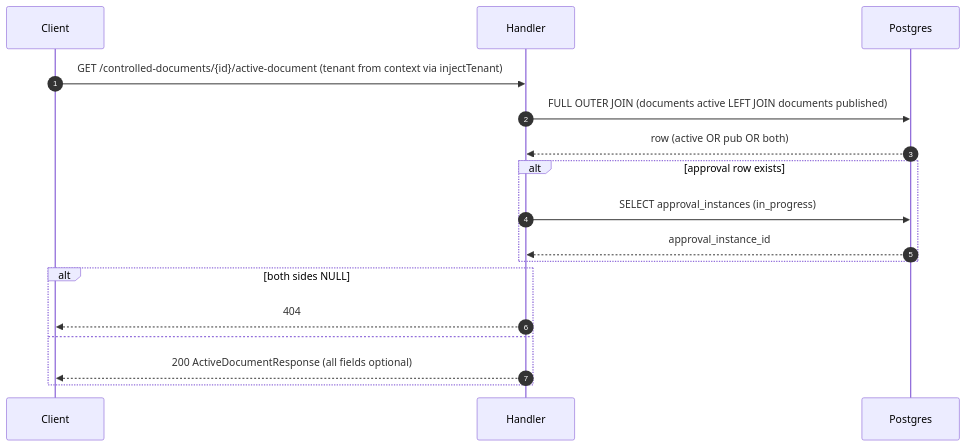
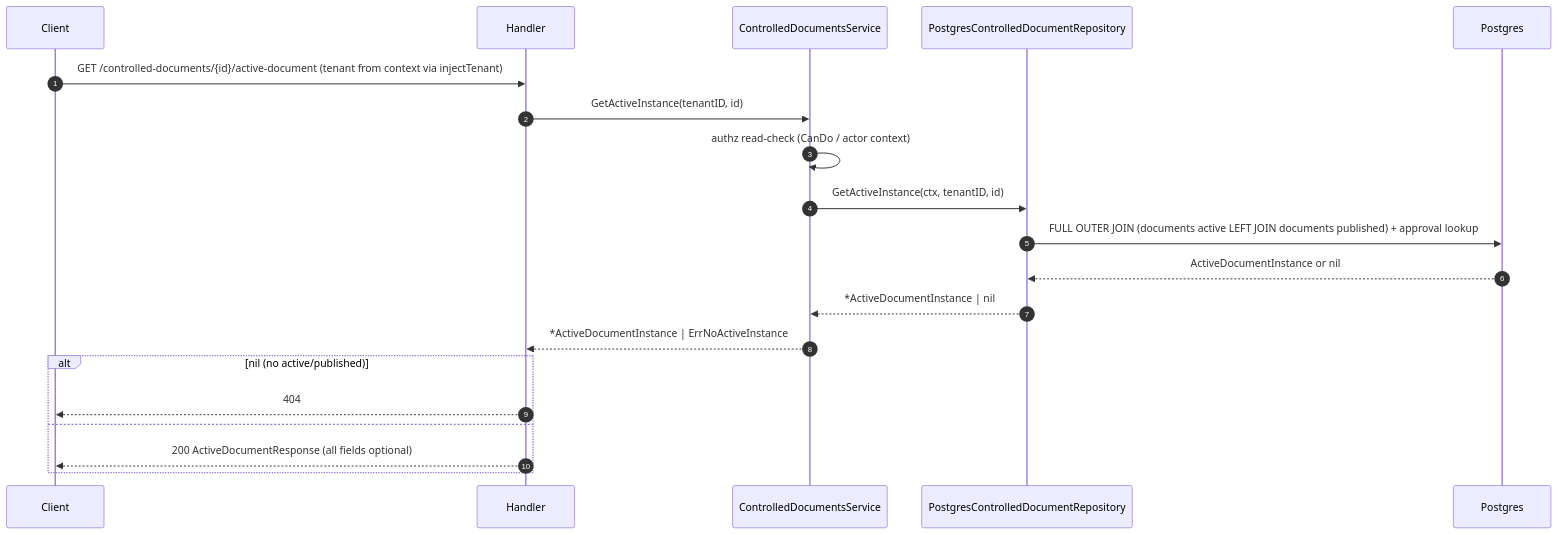
One commit to developmentconexus-ops/MetalDocs changed the fourth of 5 diagrams in wiki/modules/controlled-documents.md. Above: the diagram before and after it, drawn with Mermaid. The commit also changed other lines of this file and 21 other files, not shown here.

````diff
--- a/wiki/modules/controlled-documents.md
+++ b/wiki/modules/controlled-documents.md
@@ -265,19 +273,22 @@
 ```mermaid
 sequenceDiagram
     autonumber
     participant C as Client
     participant H as Handler
+    participant S as ControlledDocumentsService
+    participant R as PostgresControlledDocumentRepository
     participant DB as Postgres
     C->>H: GET /controlled-documents/{id}/active-document  (tenant from context via injectTenant)
-    H->>DB: FULL OUTER JOIN (documents active LEFT JOIN documents published)
-    DB-->>H: row (active OR pub OR both)
-    alt approval row exists
-        H->>DB: SELECT approval_instances (in_progress)
-        DB-->>H: approval_instance_id
-    end
-    alt both sides NULL
+    H->>S: GetActiveInstance(tenantID, id)
+    S->>S: authz read-check (CanDo / actor context)
+    S->>R: GetActiveInstance(ctx, tenantID, id)
+    R->>DB: FULL OUTER JOIN (documents active LEFT JOIN documents published) + approval lookup
+    DB-->>R: ActiveDocumentInstance or nil
+    R-->>S: *ActiveDocumentInstance | nil
+    S-->>H: *ActiveDocumentInstance | ErrNoActiveInstance
+    alt nil (no active/published)
         H-->>C: 404
     else
         H-->>C: 200 ActiveDocumentResponse (all fields optional)
     end
 ```
````
